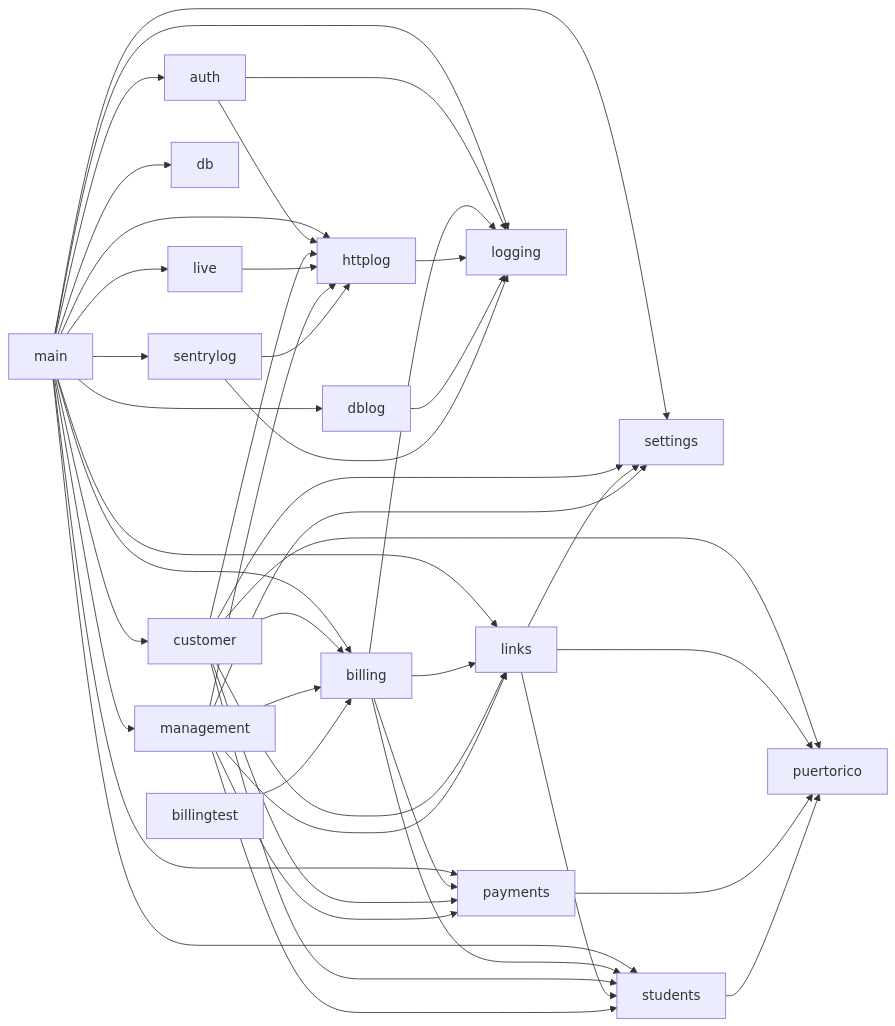
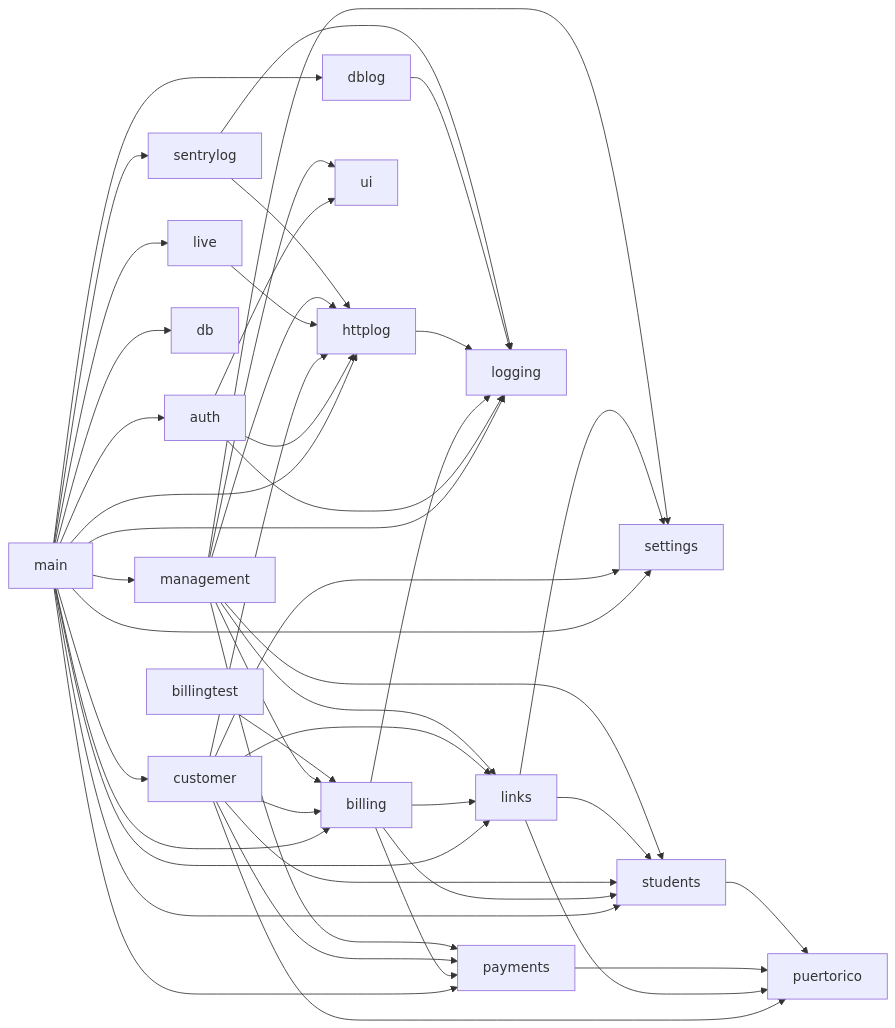
One commit to devGabriel131/ProjectHermes changed the second of 3 diagrams in docs/architecture.md. Above: the diagram before and after it, drawn with Mermaid. The commit also changed other lines of this file and 22 other files, not shown here.

````diff
--- a/docs/architecture.md
+++ b/docs/architecture.md
@@ -52,47 +53,49 @@
 ```mermaid
 flowchart LR
   main --> auth
   main --> billing
   main --> customer
   main --> links
   main --> live
   main --> logging
   main --> db
   main --> dblog
   main --> httplog
   main --> sentrylog
   main --> management
   main --> payments
   main --> settings
   main --> students
   auth --> logging
   auth --> httplog
+  auth --> ui
   billing --> links
   billing --> logging
   billing --> payments
   billing --> students
   customer --> billing
   customer --> links
   customer --> httplog
   customer --> payments
   customer --> puertorico
   customer --> settings
   customer --> students
   links --> puertorico
   links --> settings
   links --> students
   live --> httplog
   management --> billing
   management --> links
   management --> httplog
   management --> payments
   management --> settings
   management --> students
+  management --> ui
   httplog --> logging
   dblog --> logging
   sentrylog --> logging
   sentrylog --> httplog
   payments --> puertorico
   students --> puertorico
   billingtest --> billing
 ```
````
